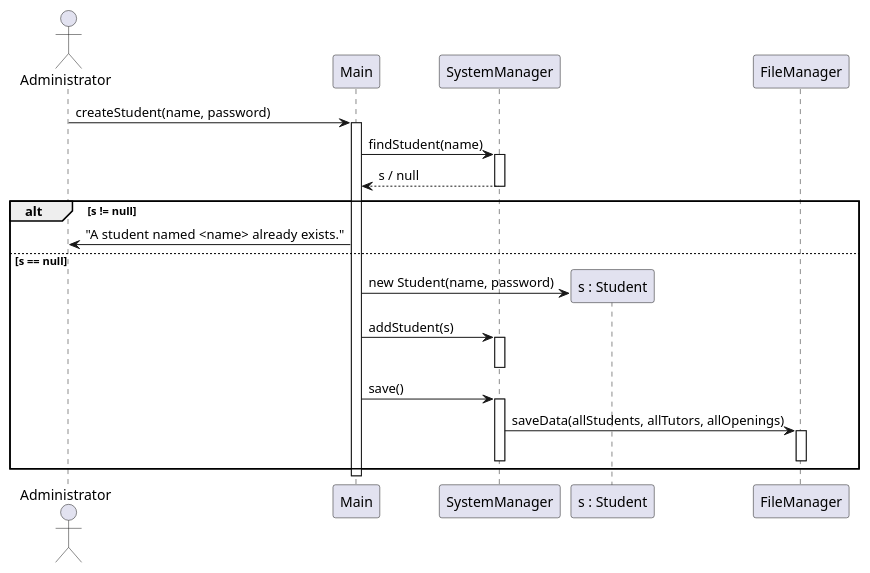
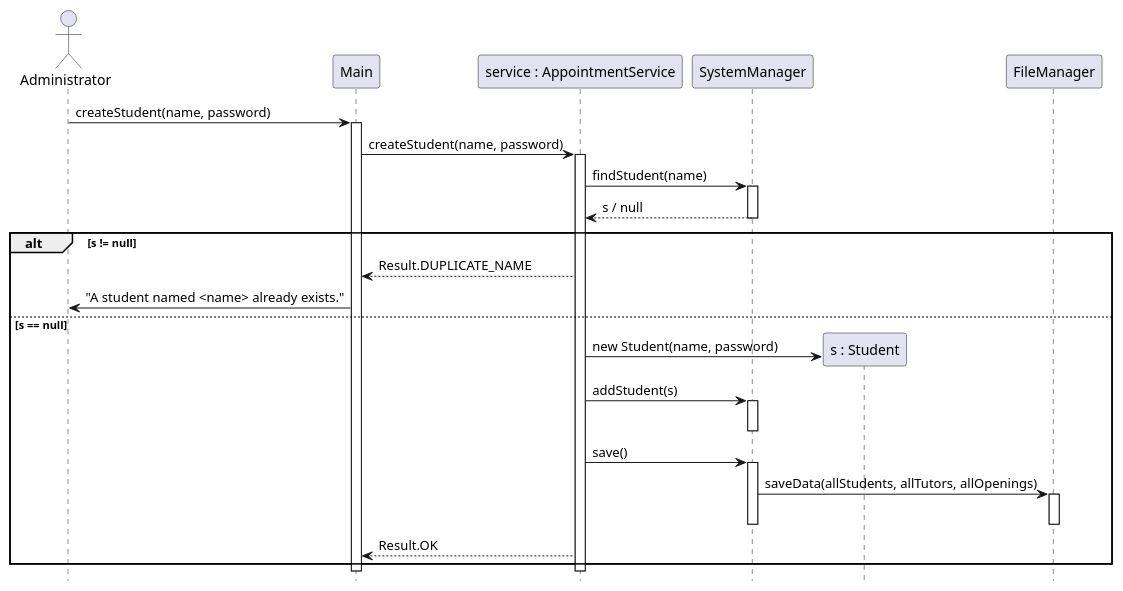
One commit to localhost433/OOPFinalProject changed the diagram in docs/diagrams/create-student-sequence.puml. Above: the diagram before and after it, drawn with PlantUML. The commit also changed 13 other files, not shown here.

```diff
--- a/docs/diagrams/create-student-sequence.puml
+++ b/docs/diagrams/create-student-sequence.puml
@@ -1,39 +1,48 @@
 @startuml create-student-sequence
 ' Sequence diagram — Administrator adds a student (Main.createStudent)
+
+hide footbox
 
 actor Administrator as administrator
 
 participant "Main" as main
+participant "service : AppointmentService" as service
 participant "SystemManager" as sys
 participant "s : Student" as sObj
 participant "FileManager" as file
 
 administrator -> main : createStudent(name, password)
 activate main
 
-main -> sys : findStudent(name)
+main -> service : createStudent(name, password)
+activate service
+
+service -> sys : findStudent(name)
 activate sys
-sys --> main : s / null
+sys --> service : s / null
 deactivate sys
 
 alt s != null
+    service --> main : Result.DUPLICATE_NAME
     main -> administrator : "A student named <name> already exists."
 else s == null
-    main -> sObj ** : new Student(name, password)
+    service -> sObj ** : new Student(name, password)
 
-    main -> sys : addStudent(s)
+    service -> sys : addStudent(s)
     activate sys
     deactivate sys
 
-    main -> sys : save()
-
+    service -> sys : save()
     activate sys
     sys -> file : saveData(allStudents, allTutors, allOpenings)
     activate file
     deactivate file
     deactivate sys
+
+    service --> main : Result.OK
 end
 
+deactivate service
 deactivate main
 
 @enduml
```
